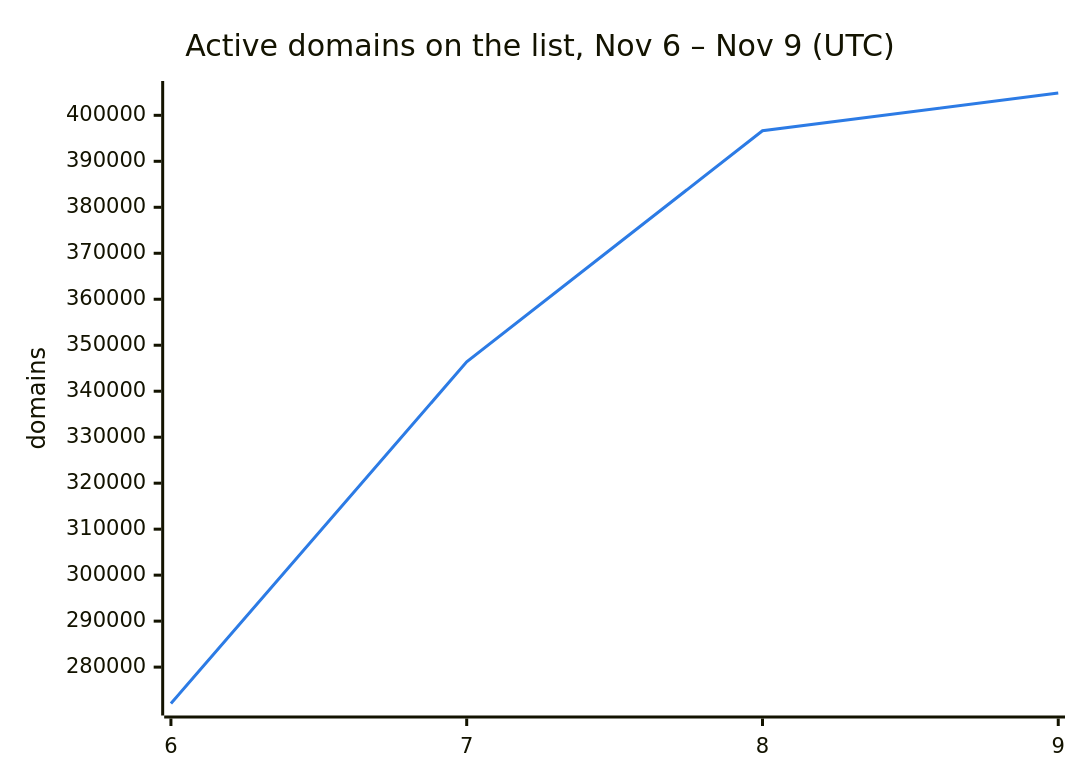
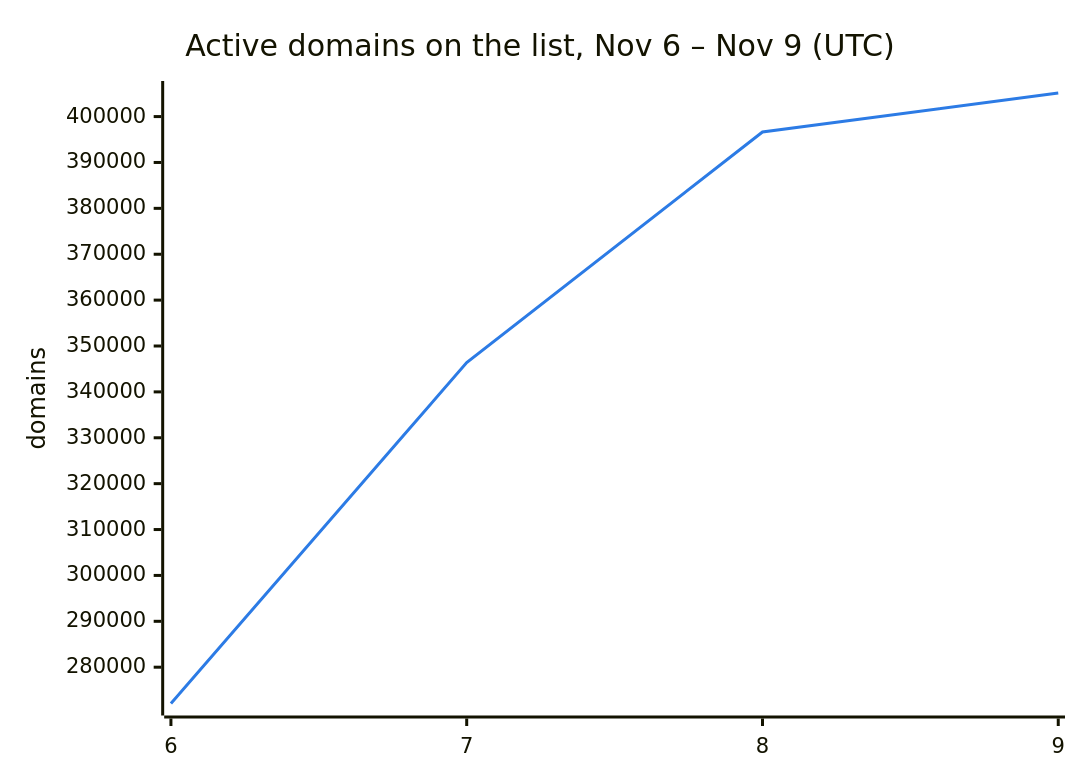
The second of 3 diagrams in README.md (DNSBunker/CTI), drawn with Mermaid before and after one commit. The commit also changed other lines of this file and 3 other files, not shown here.

````diff
--- a/README.md
+++ b/README.md
@@ -38,8 +38,8 @@
 ```mermaid
 %%{init: {"themeVariables": {"xyChart": {"plotColorPalette": "#2c7be5"}}}}%%
 xychart-beta
     title "Active domains on the list, Nov 6 – Nov 9 (UTC)"
     x-axis ["6", "7", "8", "9"]
     y-axis "domains"
-    line [272088, 346388, 396638, 404854]
+    line [272088, 346388, 396638, 405139]
 ```
````
